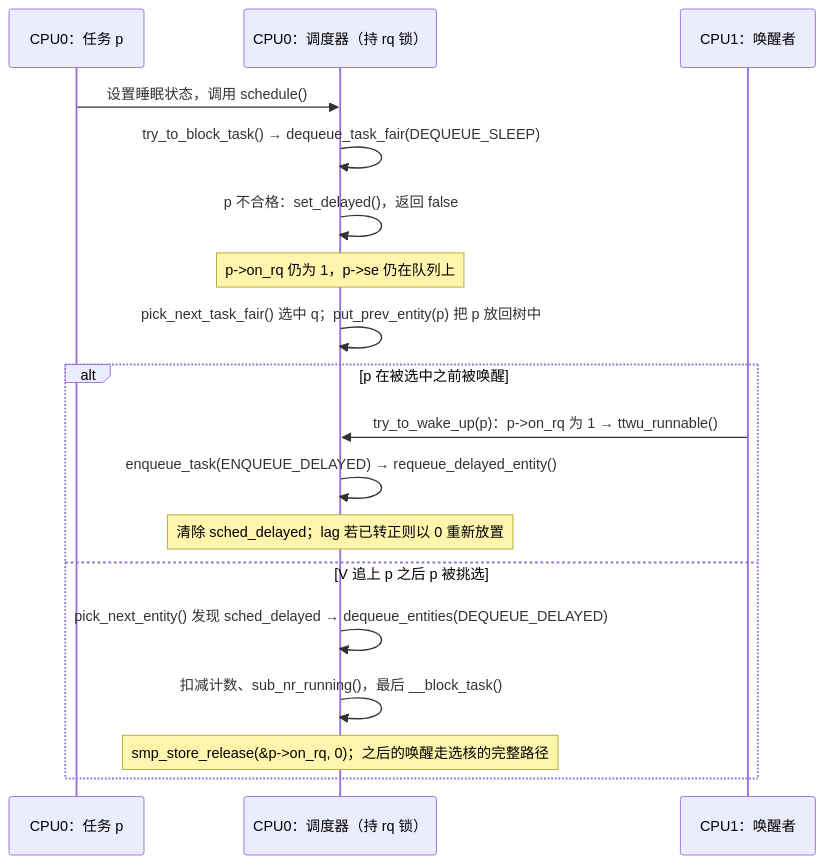
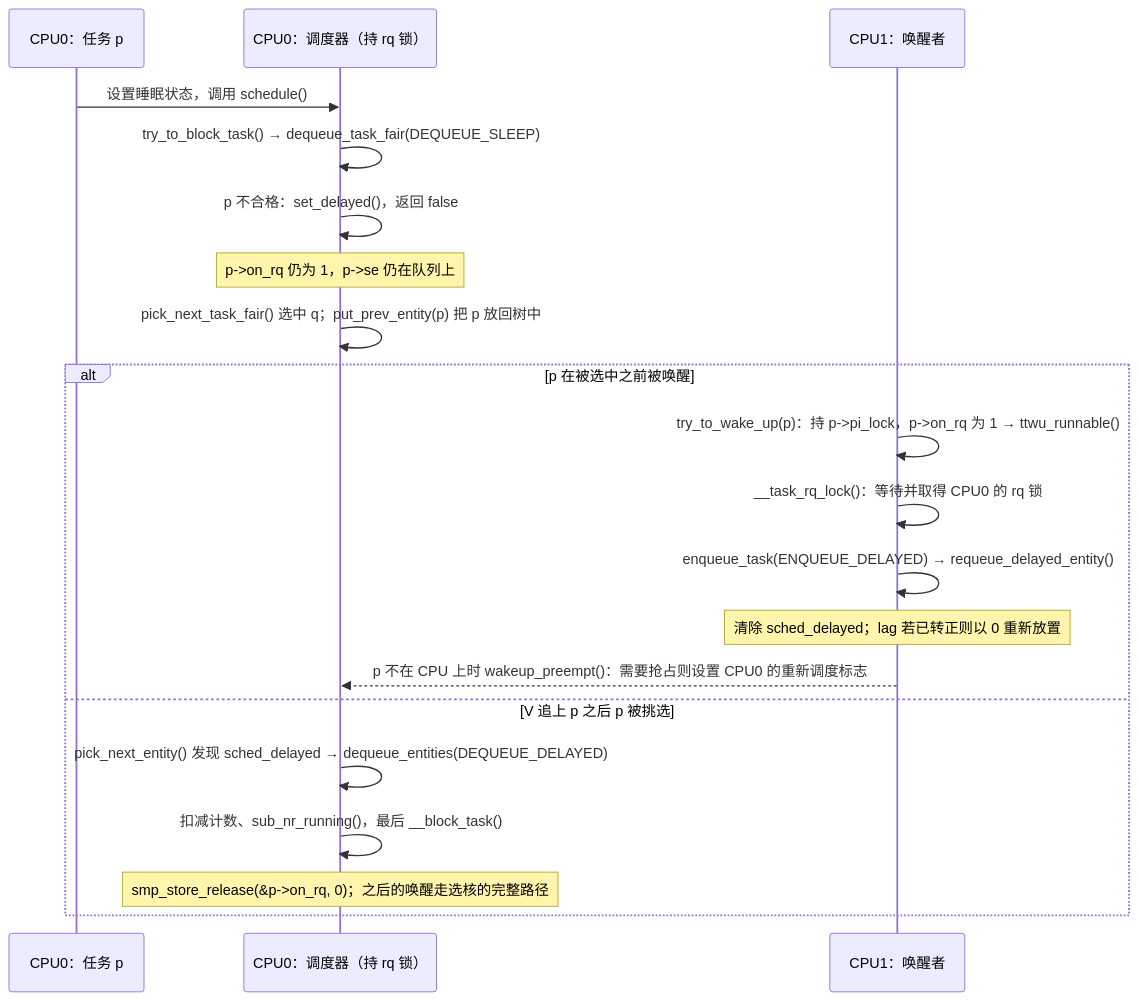
Before and after one commit to linuxperf/linux-study: the fourth of 4 diagrams in book/sched/cfs.md, drawn with Mermaid. The commit also changed other lines of this file and 2 other files, not shown here.

````diff
--- a/book/sched/cfs.md
+++ b/book/sched/cfs.md
@@ -1160,21 +1186,23 @@
 ```mermaid
 sequenceDiagram
     participant P as CPU0：任务 p
     participant S as CPU0：调度器（持 rq 锁）
     participant W as CPU1：唤醒者
 
     P->>S: 设置睡眠状态，调用 schedule()
     S->>S: try_to_block_task() → dequeue_task_fair(DEQUEUE_SLEEP)
     S->>S: p 不合格：set_delayed()，返回 false
     Note over S: p->on_rq 仍为 1，p->se 仍在队列上
     S->>S: pick_next_task_fair() 选中 q；put_prev_entity(p) 把 p 放回树中
     alt p 在被选中之前被唤醒
-        W->>S: try_to_wake_up(p)：p->on_rq 为 1 → ttwu_runnable()
-        S->>S: enqueue_task(ENQUEUE_DELAYED) → requeue_delayed_entity()
-        Note over S: 清除 sched_delayed；lag 若已转正则以 0 重新放置
+        W->>W: try_to_wake_up(p)：持 p->pi_lock，p->on_rq 为 1 → ttwu_runnable()
+        W->>W: __task_rq_lock()：等待并取得 CPU0 的 rq 锁
+        W->>W: enqueue_task(ENQUEUE_DELAYED) → requeue_delayed_entity()
+        Note over W: 清除 sched_delayed；lag 若已转正则以 0 重新放置
+        W-->>S: p 不在 CPU 上时 wakeup_preempt()：需要抢占则设置 CPU0 的重新调度标志
     else V 追上 p 之后 p 被挑选
         S->>S: pick_next_entity() 发现 sched_delayed → dequeue_entities(DEQUEUE_DELAYED)
         S->>S: 扣减计数、sub_nr_running()，最后 __block_task()
         Note over S: smp_store_release(&p->on_rq, 0)；之后的唤醒走选核的完整路径
     end
 ```
````
